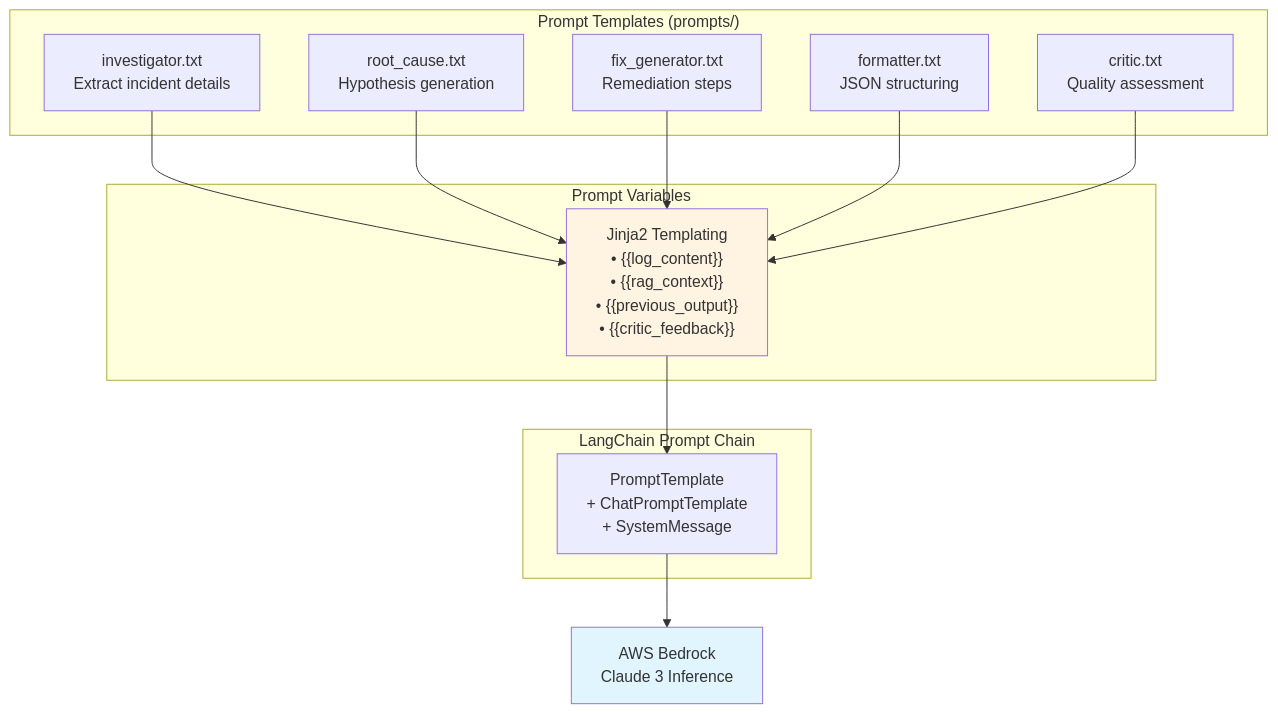
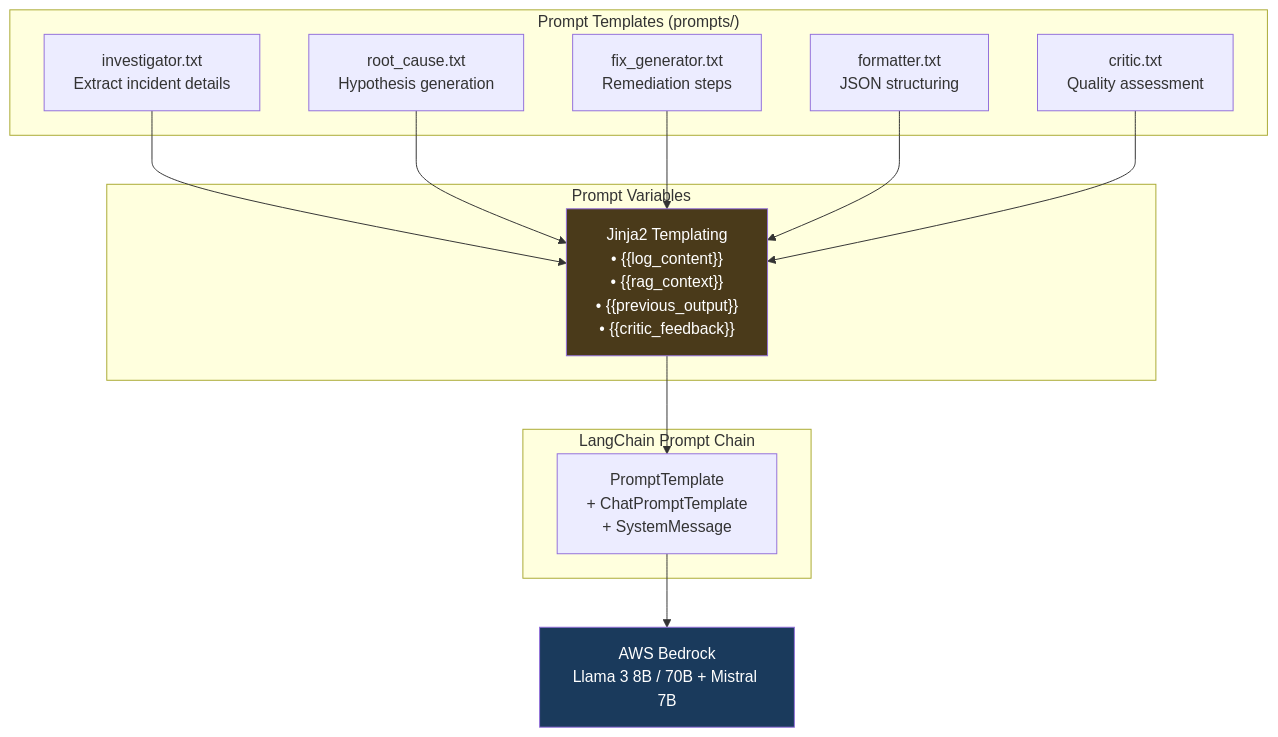
One commit to nasim-raj-laskar/InfraMind changed diagram 14 of 16 in README.md. Above: the diagram before and after it, drawn with Mermaid. The commit also changed other lines of this file and 1 other file, not shown here.

````diff
--- a/README.md
+++ b/README.md
@@ -882,30 +858,30 @@
 ```mermaid
 graph TB
     subgraph "Prompt Templates (prompts/)"
         INV["investigator.txt<br/>Extract incident details"]
         ROOT["root_cause.txt<br/>Hypothesis generation"]
         FIX["fix_generator.txt<br/>Remediation steps"]
         FMT["formatter.txt<br/>JSON structuring"]
         CRIT["critic.txt<br/>Quality assessment"]
     end
     
     subgraph "Prompt Variables"
         VARS["Jinja2 Templating<br/>• {{log_content}}<br/>• {{rag_context}}<br/>• {{previous_output}}<br/>• {{critic_feedback}}"]
     end
     
     subgraph "LangChain Prompt Chain"
         CHAIN["PromptTemplate<br/>+ ChatPromptTemplate<br/>+ SystemMessage"]
     end
     
     INV --> VARS
     ROOT --> VARS
     FIX --> VARS
     FMT --> VARS
     CRIT --> VARS
     
     VARS --> CHAIN
-    CHAIN --> BEDROCK["AWS Bedrock<br/>Claude 3 Inference"]
+    CHAIN --> BEDROCK["AWS Bedrock<br/>Llama 3 8B / 70B + Mistral 7B"]
     
-    style VARS fill:#fff4e1
-    style BEDROCK fill:#e1f5ff
+    style VARS fill:#4a3a1a,color:#fff
+    style BEDROCK fill:#1a3a5c,color:#fff
 ```
````
